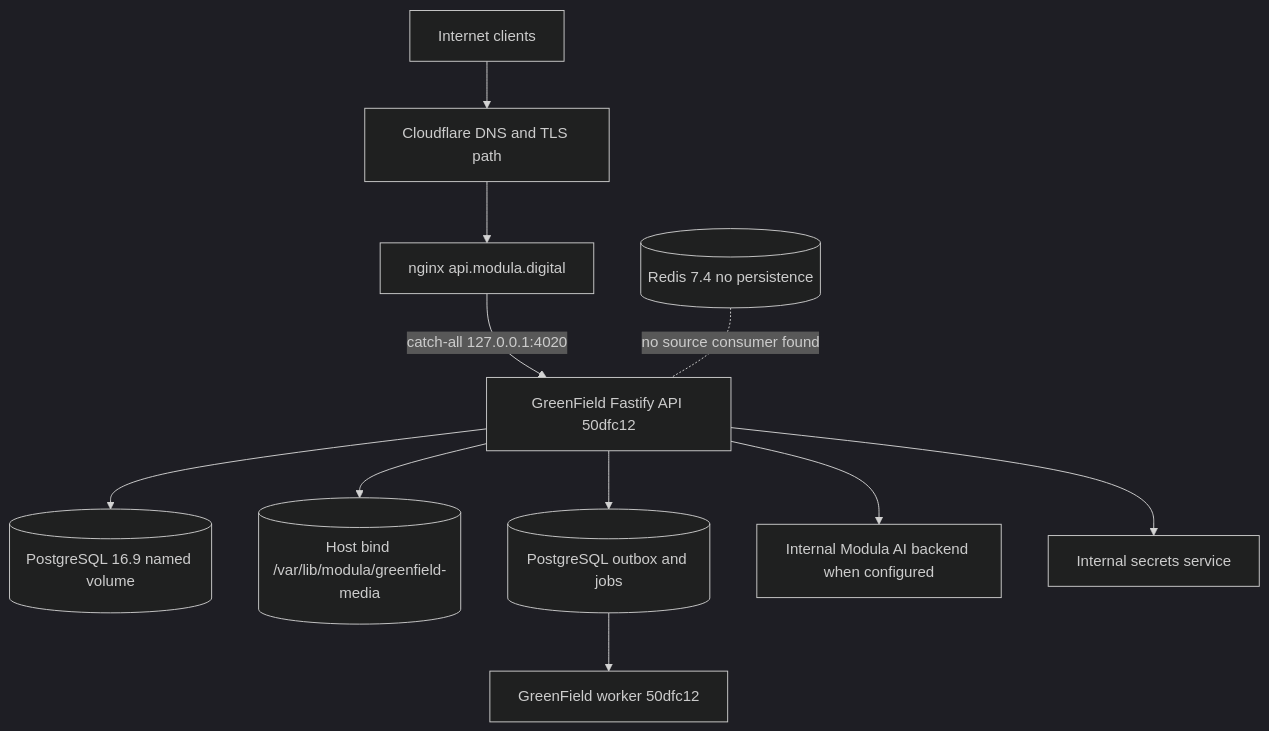
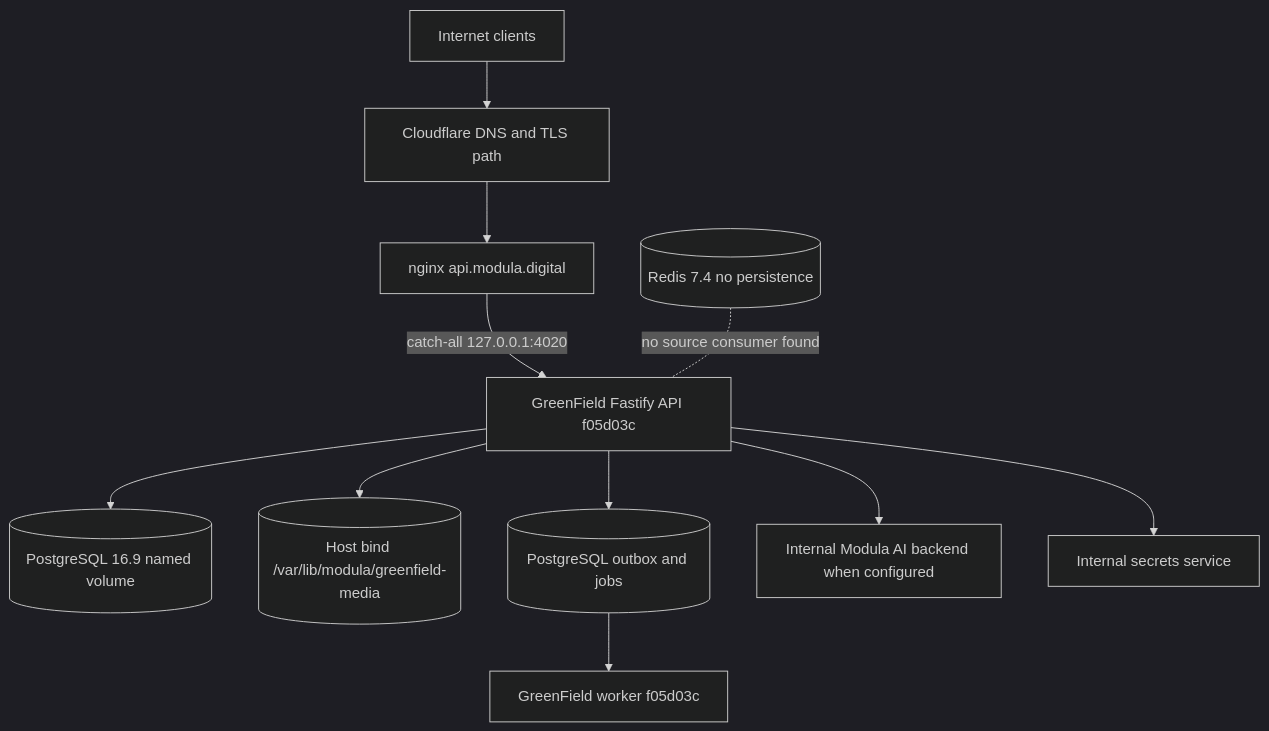
One commit to modula-mod/modula-latest changed the diagram in docs/audits/api-atlas-01/00-production-truth.md. Above: the diagram before and after it, drawn with Mermaid (dark theme). The commit also changed other lines of this file and 111 other files, not shown here.

Commit message:
feat: harden GreenField v1 closeout candidate

````diff
--- a/docs/audits/api-atlas-01/00-production-truth.md
+++ b/docs/audits/api-atlas-01/00-production-truth.md
@@ -32,13 +32,13 @@
 ```mermaid
 flowchart TD
   internet[Internet clients] --> dns[Cloudflare DNS and TLS path]
   dns --> nginx[nginx api.modula.digital]
-  nginx -->|catch-all 127.0.0.1:4020| api[GreenField Fastify API 50dfc12]
+  nginx -->|catch-all 127.0.0.1:4020| api[GreenField Fastify API f05d03c]
   api --> postgres[(PostgreSQL 16.9 named volume)]
   api --> media[(Host bind /var/lib/modula/greenfield-media)]
   api --> outbox[(PostgreSQL outbox and jobs)]
-  outbox --> worker[GreenField worker 50dfc12]
+  outbox --> worker[GreenField worker f05d03c]
   api --> ai[Internal Modula AI backend when configured]
   api --> secrets[Internal secrets service]
   redis[(Redis 7.4 no persistence)] -. no source consumer found .- api
 ```
````
